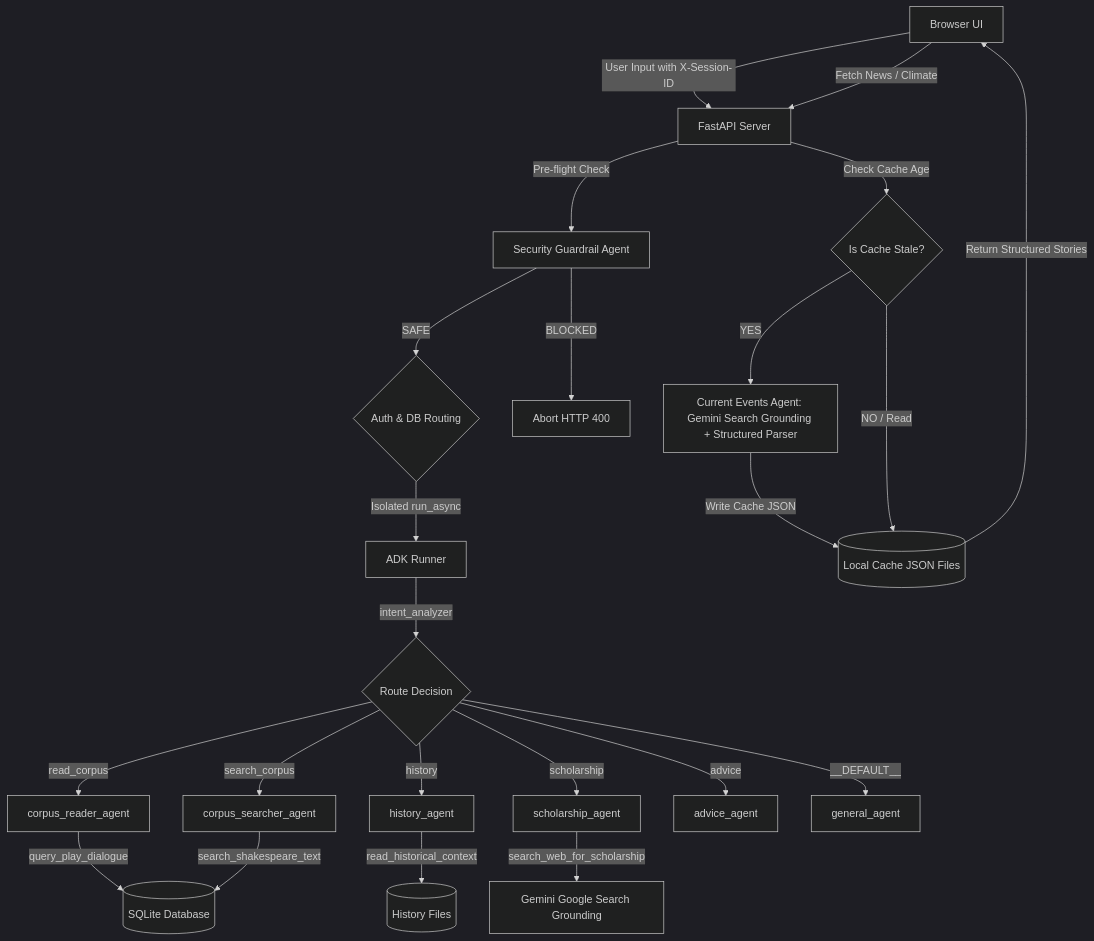
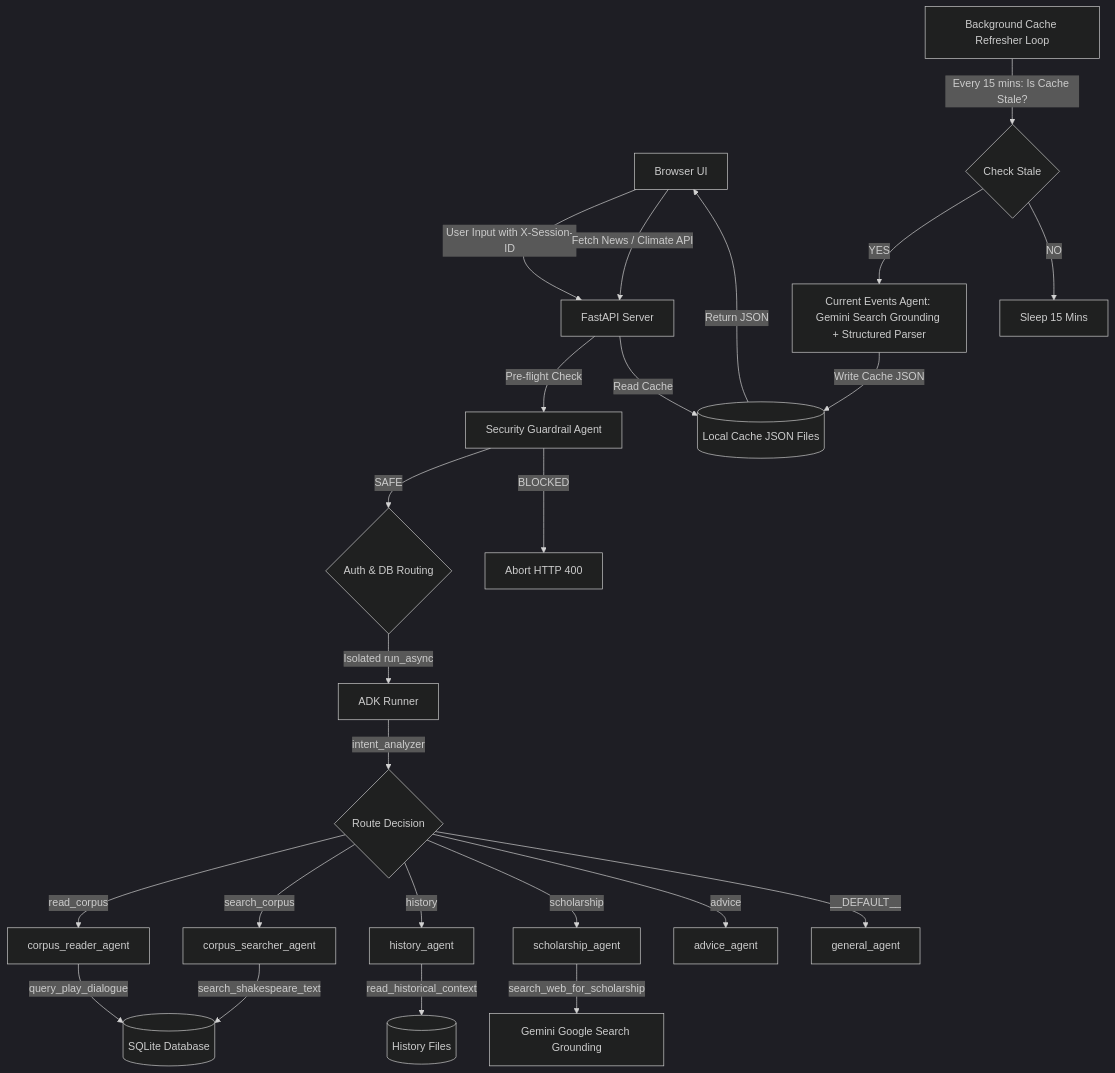
Before and after one commit to floatytomato/ShakespeareSpeaks: the diagram in README.md, drawn with Mermaid (dark theme). The commit also changed 1 other file, not shown here.

Commit message:
Update architecture diagram and README to document the parallel background cache refresher loop

````diff
--- a/README.md
+++ b/README.md
@@ -36,30 +36,32 @@
 ```mermaid
 graph TD
     %% Chat Flow
     Client[Browser UI] -->|User Input with X-Session-ID| Backend[FastAPI Server]
     Backend -->|Pre-flight Check| SecAgent[Security Guardrail Agent]
     SecAgent -->|SAFE| AuthCheck{Auth & DB Routing}
     SecAgent -->|BLOCKED| Abort[Abort HTTP 400]
     
     AuthCheck -->|Isolated run_async| ADK[ADK Runner]
     ADK -->|intent_analyzer| Router{Route Decision}
     Router -->|read_corpus| CorpusReader[corpus_reader_agent]
     Router -->|search_corpus| CorpusSearcher[corpus_searcher_agent]
     Router -->|history| HistoryScholar[history_agent]
     Router -->|scholarship| ScholarshipAgent[scholarship_agent]
     Router -->|advice| AdviceAgent[advice_agent]
     Router -->|__DEFAULT__| GeneralAgent[general_agent]
 
     CorpusReader -->|query_play_dialogue| DB[(SQLite Database)]
     CorpusSearcher -->|search_shakespeare_text| DB
     HistoryScholar -->|read_historical_context| MarkdownFiles[(History Files)]
     ScholarshipAgent -->|search_web_for_scholarship| GoogleSearch[Gemini Google Search Grounding]
 
-    %% News & Climate Caching Flow
-    Client -->|Fetch News / Climate| Backend
-    Backend -->|Check Cache Age| CacheCheck{Is Cache Stale?}
-    CacheCheck -->|YES| CurrentEventsAgent[Current Events Agent: Gemini Search Grounding + Structured Parser]
+    %% News & Climate Caching Flow (Parallel Background Loop)
+    BGWorker[Background Cache Refresher Loop] -->|Every 15 mins: Is Cache Stale?| BGCheck{Check Stale}
+    BGCheck -->|YES| CurrentEventsAgent[Current Events Agent: Gemini Search Grounding + Structured Parser]
     CurrentEventsAgent -->|Write Cache JSON| CacheFile[(Local Cache JSON Files)]
-    CacheCheck -->|NO / Read| CacheFile
-    CacheFile -->|Return Structured Stories| Client
+    BGCheck -->|NO| Sleep[Sleep 15 Mins]
+
+    Client -->|Fetch News / Climate API| Backend
+    Backend -->|Read Cache| CacheFile
+    CacheFile -->|Return JSON| Client
 ```
````
